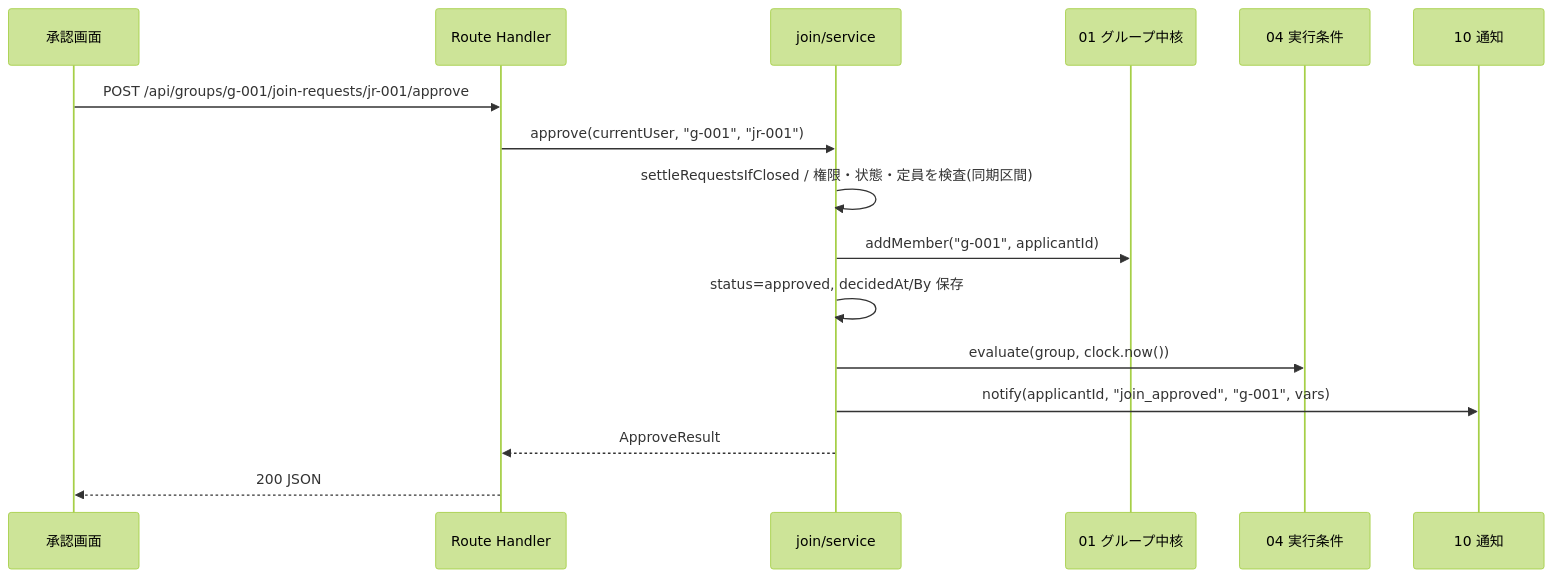
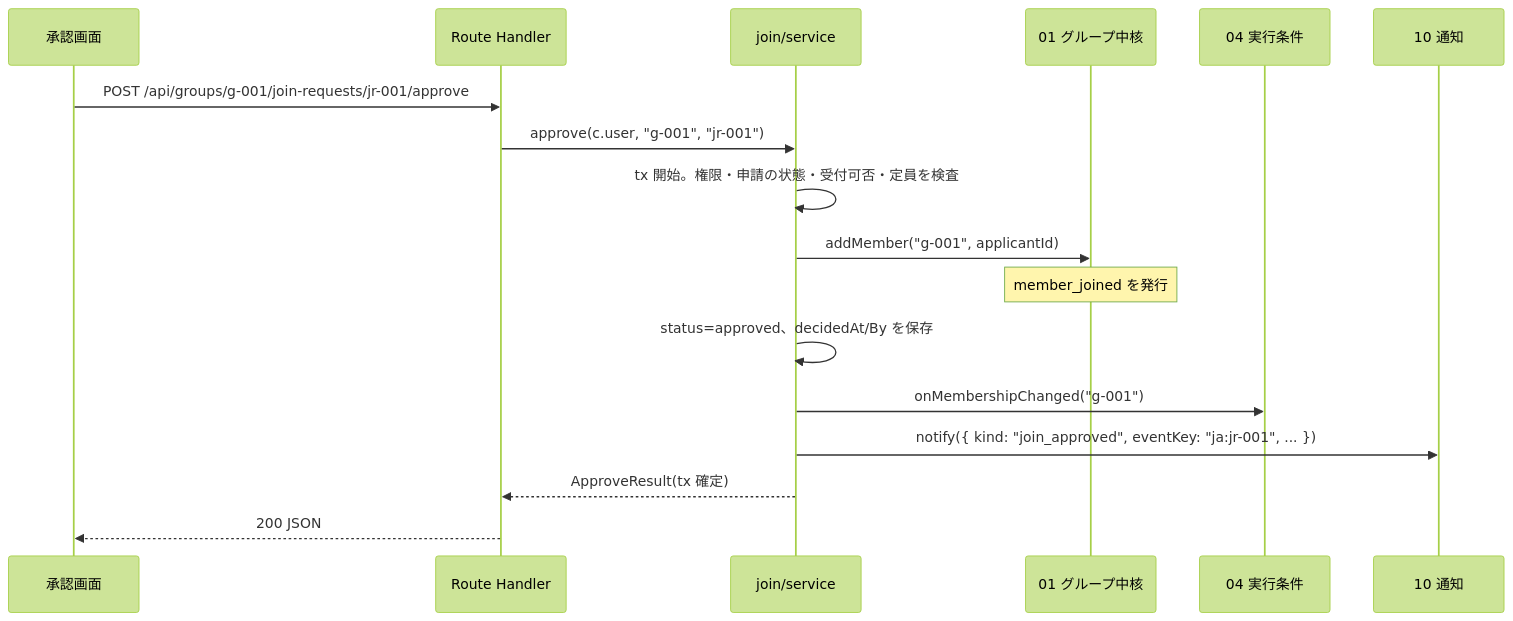
Before and after one commit to masahirosako1005/MC-006: the second of 3 diagrams in docs/feature/03-join-flow.md, drawn with Mermaid (forest theme). The commit also changed other lines of this file and 34 other files, not shown here.

````diff
--- a/docs/feature/03-join-flow.md
+++ b/docs/feature/03-join-flow.md
@@ -248,18 +269,19 @@
 ```mermaid
 sequenceDiagram
   participant UI as 承認画面
   participant R as Route Handler
   participant S as join/service
   participant G as 01 グループ中核
   participant L as 04 実行条件
   participant N as 10 通知
   UI->>R: POST /api/groups/g-001/join-requests/jr-001/approve
-  R->>S: approve(currentUser, "g-001", "jr-001")
-  S->>S: settleRequestsIfClosed / 権限・状態・定員を検査(同期区間)
+  R->>S: approve(c.user, "g-001", "jr-001")
+  S->>S: tx 開始。権限・申請の状態・受付可否・定員を検査
   S->>G: addMember("g-001", applicantId)
-  S->>S: status=approved, decidedAt/By 保存
-  S->>L: evaluate(group, clock.now())
-  S->>N: notify(applicantId, "join_approved", "g-001", vars)
-  S-->>R: ApproveResult
+  Note over G: member_joined を発行
+  S->>S: status=approved、decidedAt/By を保存
+  S->>L: onMembershipChanged("g-001")
+  S->>N: notify({ kind: "join_approved", eventKey: "ja:jr-001", ... })
+  S-->>R: ApproveResult(tx 確定)
   R-->>UI: 200 JSON
 ```
````
